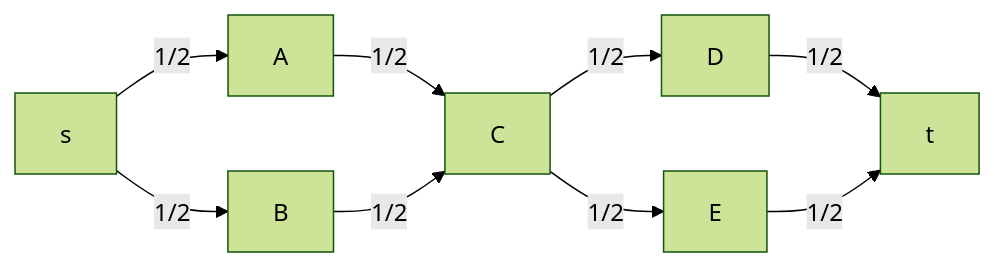
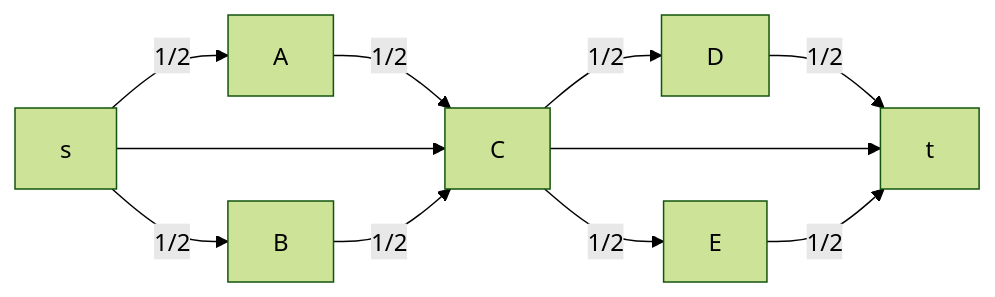
Before and after one commit to SuperSamus/appunti-universitari: the diagram in Ricerca operativa/Problemi di ottimizzazione/Esempi/Esempio ottimizzazione trasmissione rete.md, drawn with Mermaid (forest theme). The commit also changed other lines of this file, not shown here.

Commit message:
vault backup: 2022-10-11 22:51:04

````diff
--- a/Ricerca operativa/Problemi di ottimizzazione/Esempi/Esempio ottimizzazione trasmissione rete.md
+++ b/Ricerca operativa/Problemi di ottimizzazione/Esempi/Esempio ottimizzazione trasmissione rete.md
@@ -44,4 +44,11 @@
 ```mermaid
 flowchart LR
-s -- 1/2 --> A & B -- 1/2 --> C -- 1/2 --> D & E -- 1/2 --> t
+s -- 1/2 --> A & B
+A -- 1/2 --> C
+s --> C
+B -- 1/2 --> C
+C -- 1/2 --> D & E
+D -- 1/2 --> t
+C --> t
+E -- 1/2 --> t
 ```
````
